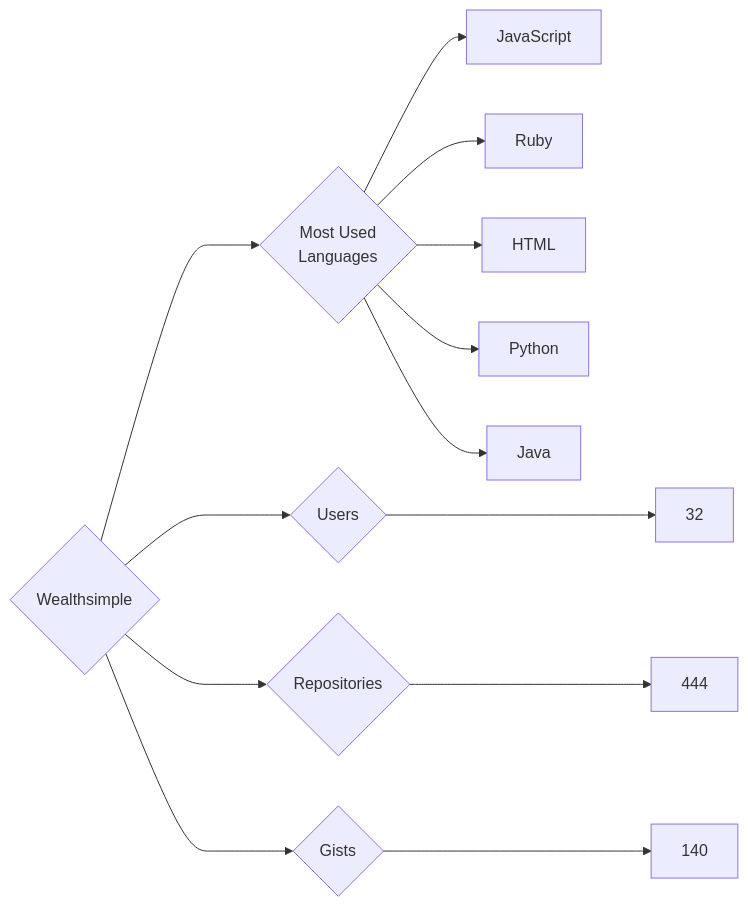
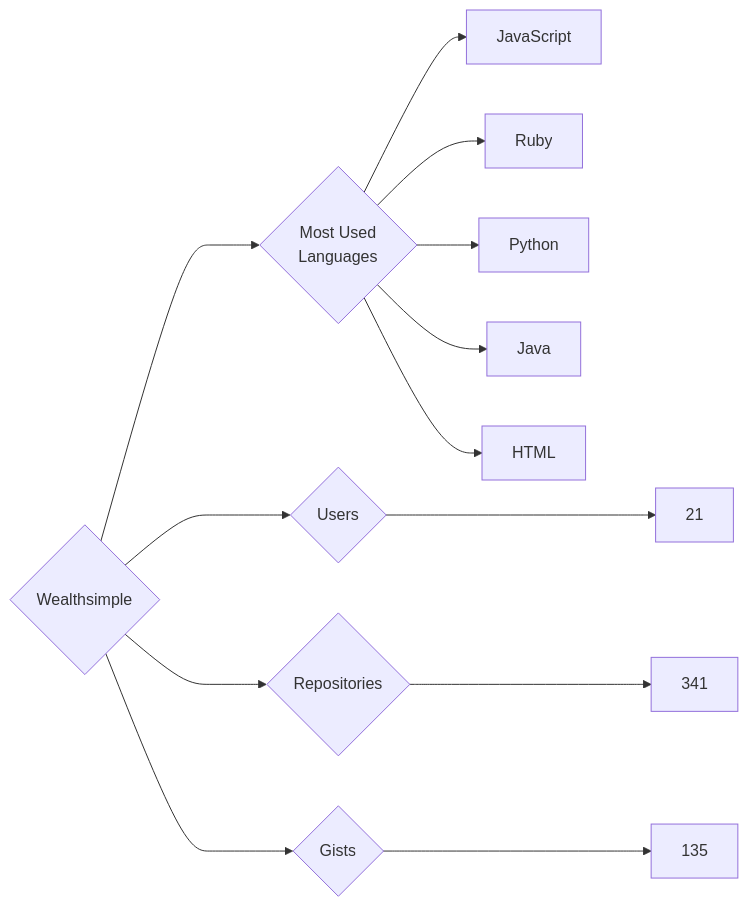
One commit to trickest/insiders changed the diagram in targets/Wealthsimple/README.md. Above: the diagram before and after it, drawn with Mermaid. The commit also changed 797 other files, not shown here.

````diff
--- a/targets/Wealthsimple/README.md
+++ b/targets/Wealthsimple/README.md
@@ -3,13 +3,13 @@
 ```mermaid
 graph LR
 COMPANY_NAME{Wealthsimple}
-COMPANY_NAME ---> U{Users} ---> UN[32]
-COMPANY_NAME ---> R{Repositories} ---> RN[444]
-COMPANY_NAME ---> G{Gists} ---> GN[140]
+COMPANY_NAME ---> U{Users} ---> UN[21]
+COMPANY_NAME ---> R{Repositories} ---> RN[341]
+COMPANY_NAME ---> G{Gists} ---> GN[135]
 COMPANY_NAME ---> ML{Most Used<br>Languages}
 ML --> JavaScript[JavaScript]
 ML --> Ruby[Ruby]
-ML --> HTML[HTML]
 ML --> Python[Python]
 ML --> Java[Java]
+ML --> HTML[HTML]
 ```
````
